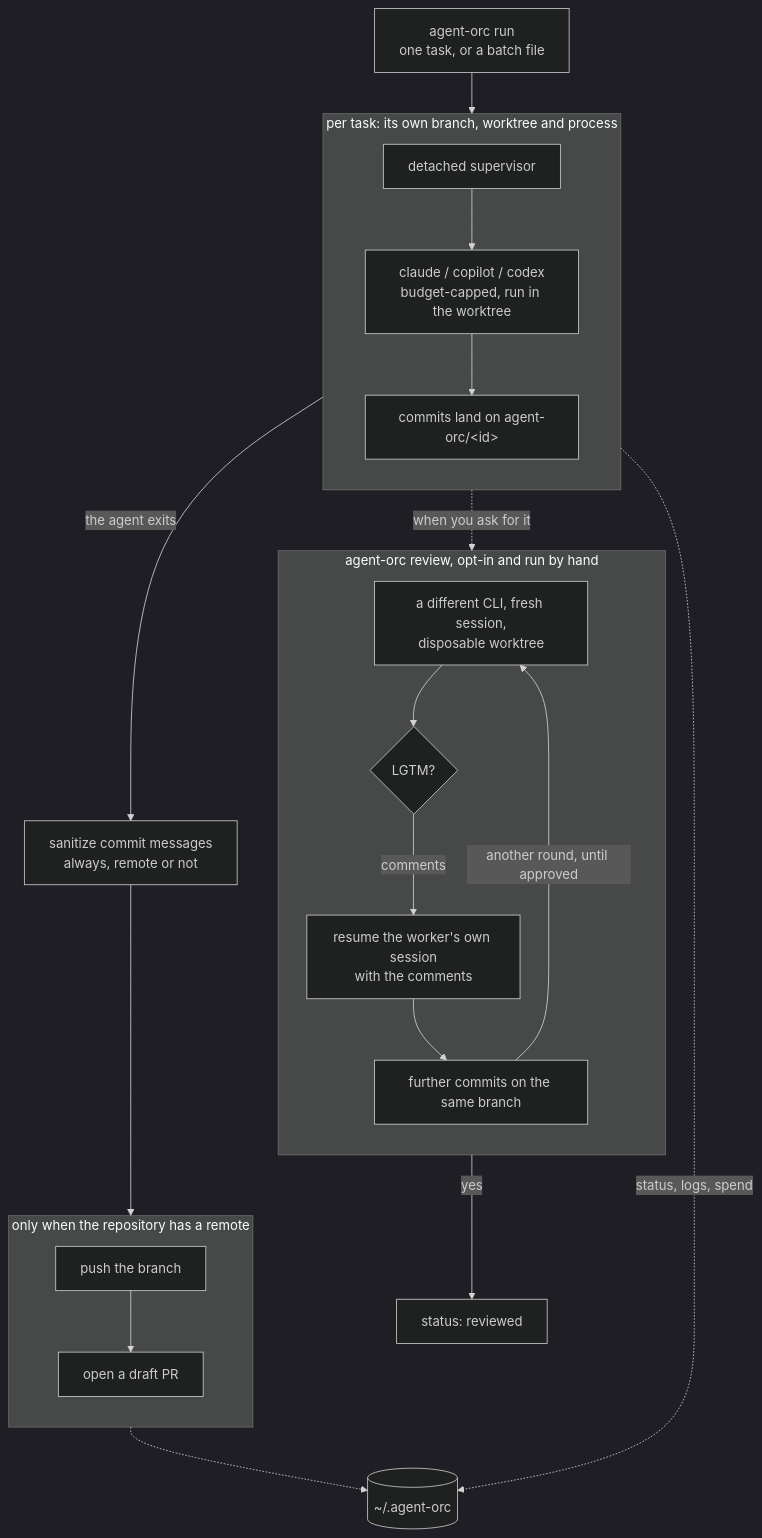
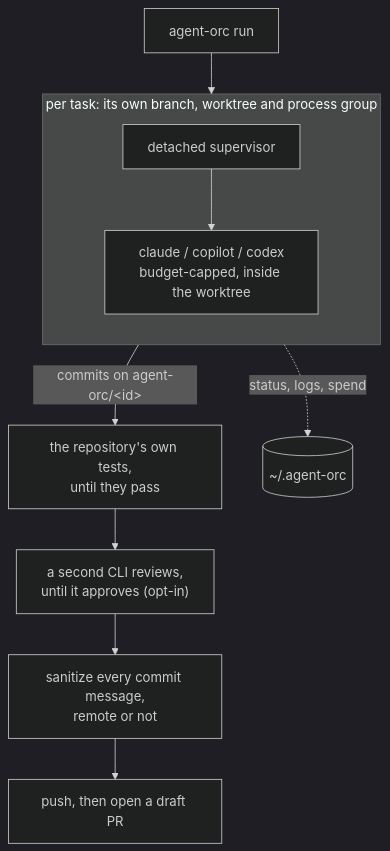
One commit to MaryannGitonga/agent-orc changed the first of 2 diagrams in README.md. Above: the diagram before and after it, drawn with Mermaid (dark theme). The commit also changed other lines of this file and 17 other files, not shown here.

````diff
--- a/README.md
+++ b/README.md
@@ -25,39 +25,15 @@
 ```mermaid
 flowchart TB
-    RUN["agent-orc run<br/>one task, or a batch file"]
+    RUN["agent-orc run"] --> SUP
 
-    subgraph TASK["per task: its own branch, worktree and process"]
+    subgraph TASK["per task: its own branch, worktree and process group"]
         direction TB
-        SUP["detached supervisor"]
-        AGENT["claude / copilot / codex<br/>budget-capped, run in the worktree"]
-        WORK["commits land on agent-orc/&lt;id&gt;"]
-        SUP --> AGENT --> WORK
+        SUP["detached supervisor"] --> AGENT["claude / copilot / codex<br/>budget-capped, inside the worktree"]
     end
 
-    SAN["sanitize commit messages<br/>always, remote or not"]
-
-    subgraph PUBLISH["only when the repository has a remote"]
-        direction TB
-        PUSH["push the branch"] --> PR["open a draft PR"]
-    end
-
-    subgraph REVIEW["agent-orc review, opt-in and run by hand"]
-        direction TB
-        REV["a different CLI, fresh session,<br/>disposable worktree"]
-        VERDICT{"LGTM?"}
-        RESUME["resume the worker's own session<br/>with the comments"]
-        MORE["further commits on the same branch"]
-        REV --> VERDICT
-        VERDICT -->|"comments"| RESUME --> MORE
-        MORE -->|"another round, until approved"| REV
-    end
-
-    RUN --> SUP
-    WORK -->|"the agent exits"| SAN
-    SAN --> PUSH
-    WORK -.->|"when you ask for it"| REV
-    VERDICT -->|"yes"| REVIEWED["status: reviewed"]
-    SUP -.->|"status, logs, spend"| STATE
-    PUSH -.-> STATE
-    STATE[("~/.agent-orc")]
+    AGENT -->|"commits on agent-orc/&lt;id&gt;"| TESTS["the repository's own tests,<br/>until they pass"]
+    TESTS --> REVIEW["a second CLI reviews,<br/>until it approves (opt-in)"]
+    REVIEW --> SAN["sanitize every commit message,<br/>remote or not"]
+    SAN --> PUSH["push, then open a draft PR"]
+    SUP -.->|"status, logs, spend"| STATE[("~/.agent-orc")]
 ```
````
